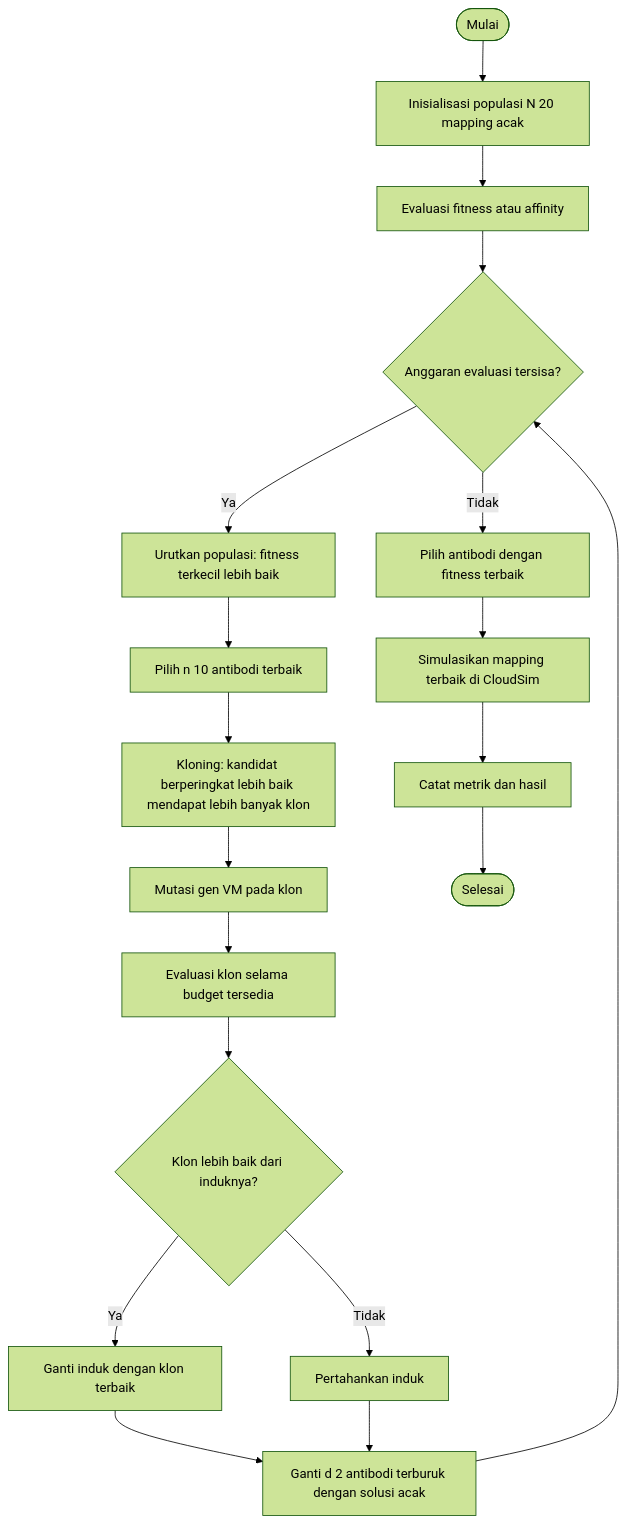
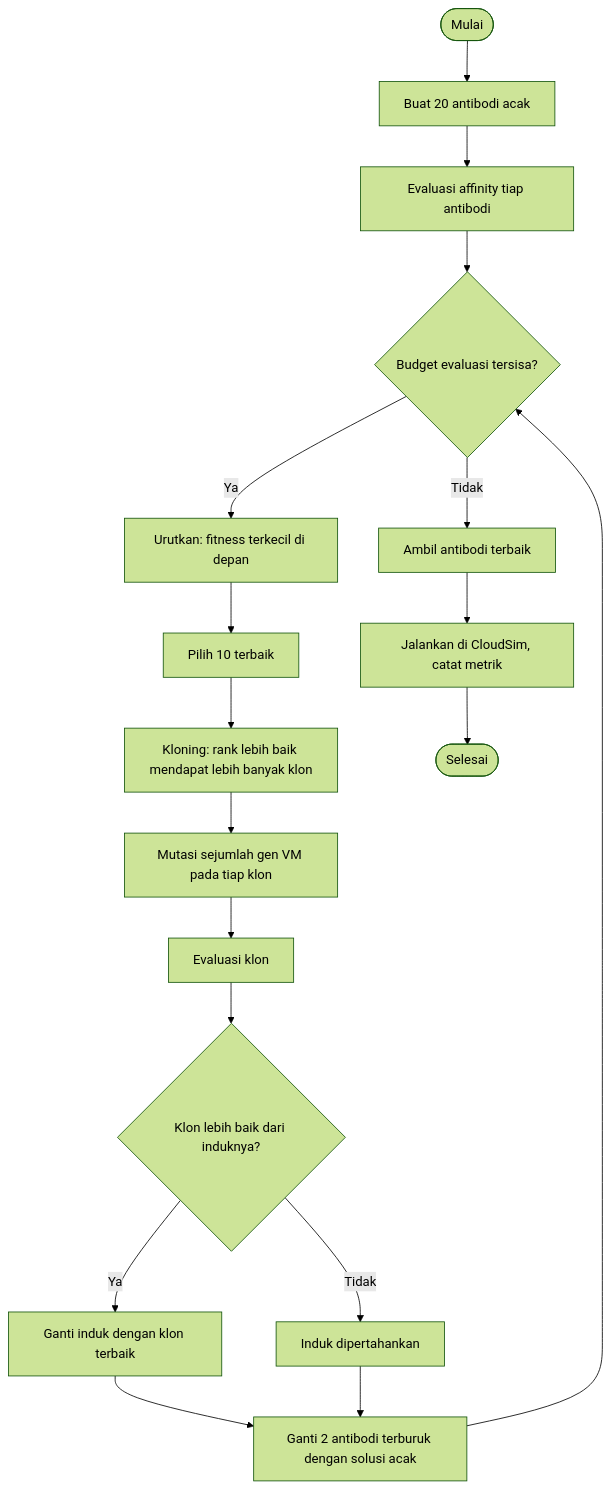
The third of 3 diagrams in README.md (pikaapik-io/soka-a-5-metaheuristik), drawn with Mermaid (forest theme) before and after one commit. The commit also changed other lines of this file, not shown here.

````diff
--- a/README.md
+++ b/README.md
@@ -174,21 +413,20 @@
 ```mermaid
 flowchart TD
-    A([Mulai]) --> B[Inisialisasi populasi N 20 mapping acak]
-    B --> C[Evaluasi fitness atau affinity]
-    C --> D{Anggaran evaluasi tersisa?}
-    D -- Tidak --> K[Pilih antibodi dengan fitness terbaik]
-    D -- Ya --> E[Urutkan populasi: fitness terkecil lebih baik]
-    E --> F[Pilih n 10 antibodi terbaik]
-    F --> G[Kloning: kandidat berperingkat lebih baik mendapat lebih banyak klon]
-    G --> H[Mutasi gen VM pada klon]
-    H --> I[Evaluasi klon selama budget tersedia]
+    A([Mulai]) --> B[Buat 20 antibodi acak]
+    B --> C[Evaluasi affinity tiap antibodi]
+    C --> D{Budget evaluasi tersisa?}
+    D -- Tidak --> K[Ambil antibodi terbaik]
+    D -- Ya --> E[Urutkan: fitness terkecil di depan]
+    E --> F[Pilih 10 terbaik]
+    F --> G[Kloning: rank lebih baik mendapat lebih banyak klon]
+    G --> H[Mutasi sejumlah gen VM pada tiap klon]
+    H --> I[Evaluasi klon]
     I --> J{Klon lebih baik dari induknya?}
     J -- Ya --> L[Ganti induk dengan klon terbaik]
-    J -- Tidak --> M[Pertahankan induk]
-    L --> N[Ganti d 2 antibodi terburuk dengan solusi acak]
+    J -- Tidak --> M[Induk dipertahankan]
+    L --> N[Ganti 2 antibodi terburuk dengan solusi acak]
     M --> N
     N --> D
-    K --> O[Simulasikan mapping terbaik di CloudSim]
-    O --> P[Catat metrik dan hasil]
-    P --> Q([Selesai])
+    K --> O[Jalankan di CloudSim, catat metrik]
+    O --> P([Selesai])
 ```
````
